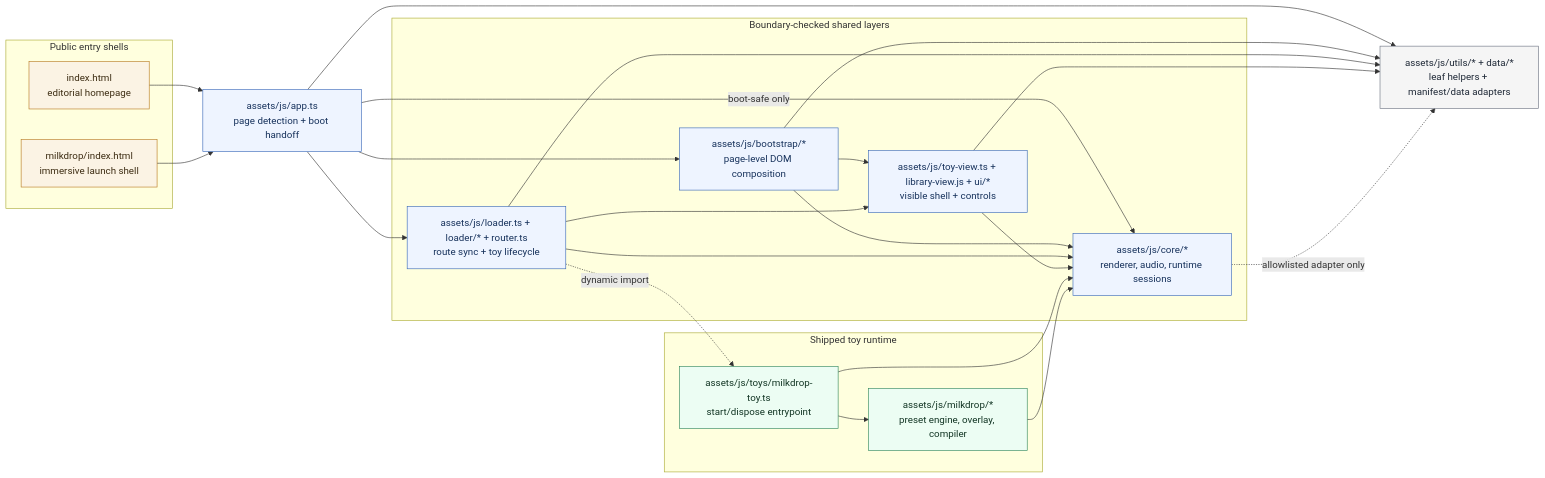
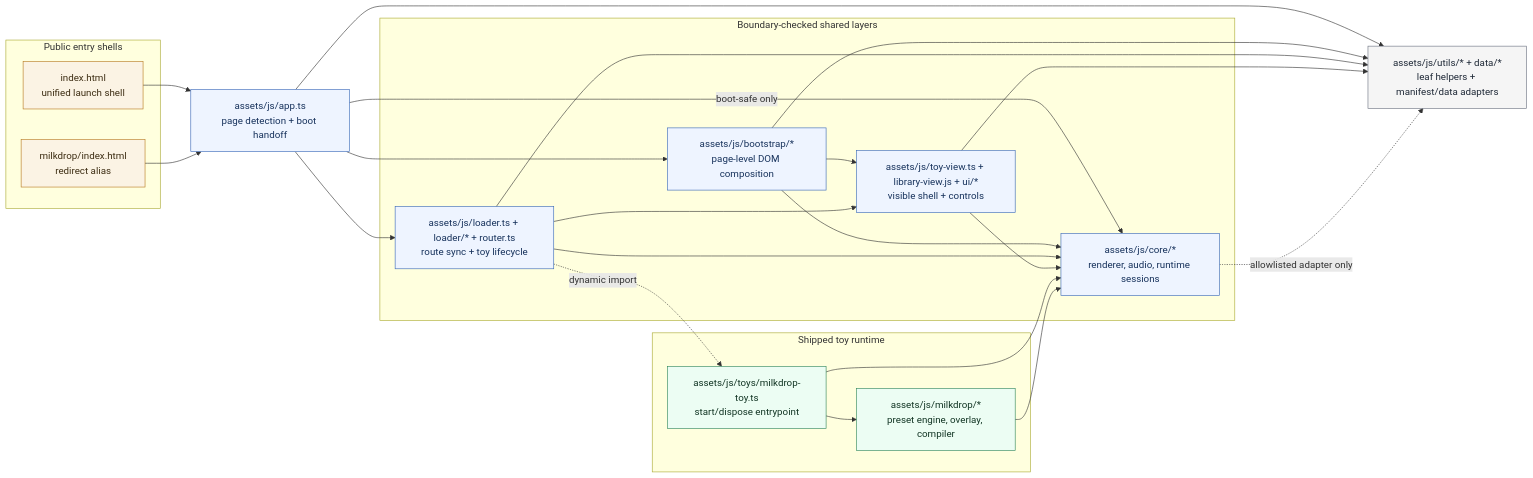
Before and after one commit to zz-plant/stims: the first of 5 diagrams in docs/ARCHITECTURE.md, drawn with Mermaid. The commit also changed other lines of this file and 18 other files, not shown here.

````diff
--- a/docs/ARCHITECTURE.md
+++ b/docs/ARCHITECTURE.md
@@ -20,53 +20,53 @@
 ```mermaid
 flowchart LR
   classDef shellNode fill:#fbf3e4,stroke:#b7791f,color:#3d2d13,stroke-width:1px;
   classDef checkedNode fill:#eef4ff,stroke:#3867b7,color:#17325c,stroke-width:1px;
   classDef runtimeNode fill:#ecfdf3,stroke:#2f855a,color:#123524,stroke-width:1px;
   classDef leafNode fill:#f5f5f5,stroke:#6b7280,color:#1f2937,stroke-width:1px;
 
   subgraph PublicShells[Public entry shells]
-    Home["index.html<br/>editorial homepage"]
-    MilkdropShell["milkdrop/index.html<br/>immersive launch shell"]
+    Home["index.html<br/>unified launch shell"]
+    MilkdropShell["milkdrop/index.html<br/>redirect alias"]
   end
 
   App["assets/js/app.ts<br/>page detection + boot handoff"]
 
   subgraph SharedLayers[Boundary-checked shared layers]
     Bootstrap["assets/js/bootstrap/*<br/>page-level DOM composition"]
     Loader["assets/js/loader.ts + loader/* + router.ts<br/>route sync + toy lifecycle"]
     UI["assets/js/toy-view.ts + library-view.js + ui/*<br/>visible shell + controls"]
     Core["assets/js/core/*<br/>renderer, audio, runtime sessions"]
   end
 
   Utils["assets/js/utils/* + data/*<br/>leaf helpers + manifest/data adapters"]
 
   subgraph ToyRuntime[Shipped toy runtime]
     Toy["assets/js/toys/milkdrop-toy.ts<br/>start/dispose entrypoint"]
     Milkdrop["assets/js/milkdrop/*<br/>preset engine, overlay, compiler"]
   end
 
   Home --> App
   MilkdropShell --> App
   App --> Bootstrap
   App --> Loader
   App -->|boot-safe only| Core
   App --> Utils
   Bootstrap --> UI
   Bootstrap --> Core
   Bootstrap --> Utils
   Loader --> UI
   Loader --> Core
   Loader --> Utils
   UI --> Core
   UI --> Utils
   Core -. "allowlisted adapter only" .-> Utils
   Loader -. "dynamic import" .-> Toy
   Toy --> Core
   Toy --> Milkdrop
   Milkdrop --> Core
 
   class Home,MilkdropShell shellNode;
   class App,Bootstrap,Loader,UI,Core checkedNode;
   class Toy,Milkdrop runtimeNode;
   class Utils leafNode;
 ```
````
